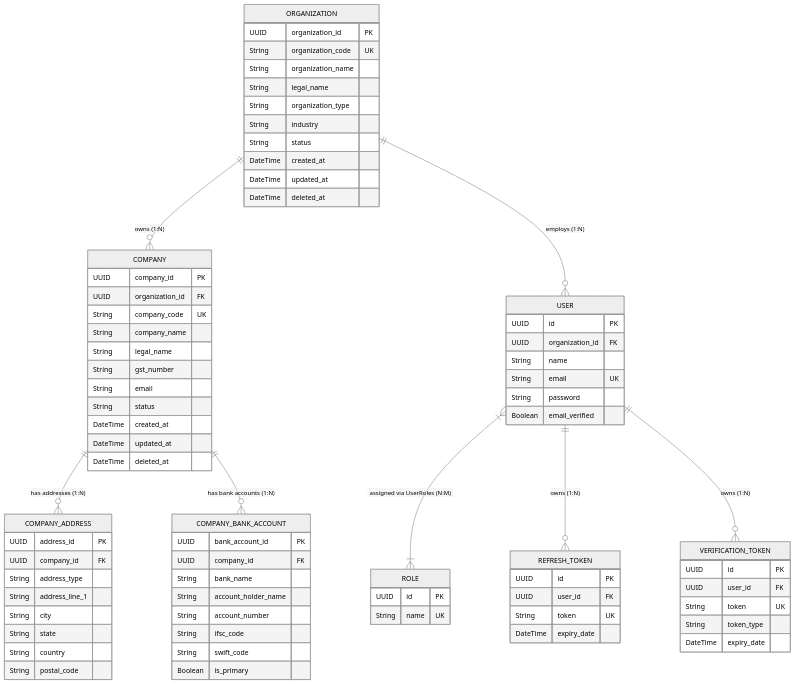
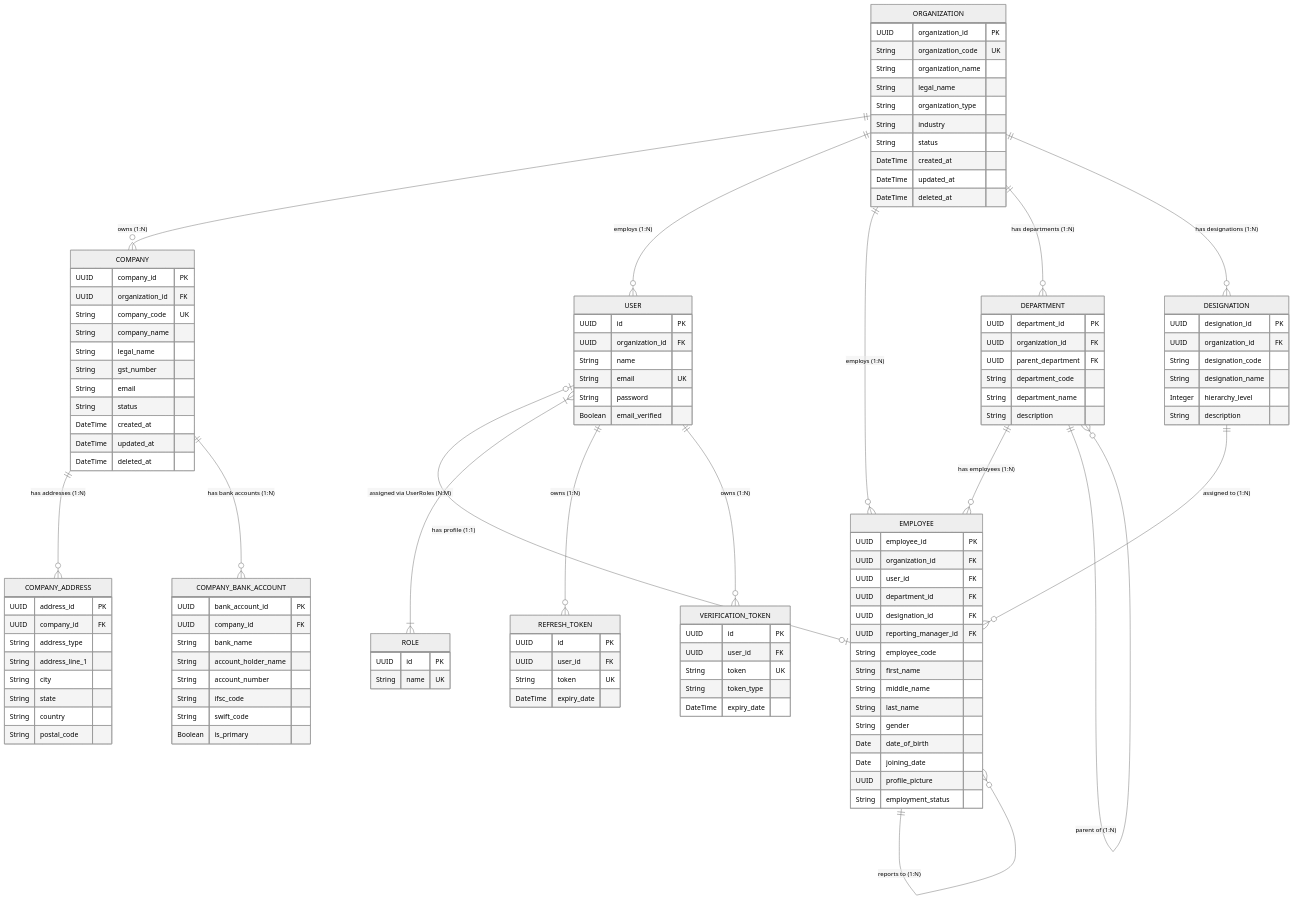
One commit to Aerotalk/ProjectIQBackend changed the diagram in docs/architecture/entity_relationship_diagram.md. Above: the diagram before and after it, drawn with Mermaid (neutral theme). The commit also changed 12 other files, not shown here.

```diff
--- a/docs/architecture/entity_relationship_diagram.md
+++ b/docs/architecture/entity_relationship_diagram.md
@@ -7,10 +7,20 @@
     %% Core Tenant Entities
     ORGANIZATION ||--o{ COMPANY : "owns (1:N)"
     ORGANIZATION ||--o{ USER : "employs (1:N)"
+    ORGANIZATION ||--o{ EMPLOYEE : "employs (1:N)"
+    ORGANIZATION ||--o{ DEPARTMENT : "has departments (1:N)"
+    ORGANIZATION ||--o{ DESIGNATION : "has designations (1:N)"
     
     %% Company Details
     COMPANY ||--o{ COMPANY_ADDRESS : "has addresses (1:N)"
     COMPANY ||--o{ COMPANY_BANK_ACCOUNT : "has bank accounts (1:N)"
+
+    %% Employee Details
+    USER |o--o| EMPLOYEE : "has profile (1:1)"
+    DEPARTMENT ||--o{ EMPLOYEE : "has employees (1:N)"
+    DESIGNATION ||--o{ EMPLOYEE : "assigned to (1:N)"
+    EMPLOYEE ||--o{ EMPLOYEE : "reports to (1:N)"
+    DEPARTMENT ||--o{ DEPARTMENT : "parent of (1:N)"
 
     %% User & Auth Entities
     USER }|--|{ ROLE : "assigned via UserRoles (N:M)"
@@ -67,6 +77,42 @@
         Boolean is_primary
     }
 
+    DEPARTMENT {
+        UUID department_id PK
+        UUID organization_id FK
+        UUID parent_department FK
+        String department_code
+        String department_name
+        String description
+    }
+
+    DESIGNATION {
+        UUID designation_id PK
+        UUID organization_id FK
+        String designation_code
+        String designation_name
+        Integer hierarchy_level
+        String description
+    }
+
+    EMPLOYEE {
+        UUID employee_id PK
+        UUID organization_id FK
+        UUID user_id FK
+        UUID department_id FK
+        UUID designation_id FK
+        UUID reporting_manager_id FK
+        String employee_code
+        String first_name
+        String middle_name
+        String last_name
+        String gender
+        Date date_of_birth
+        Date joining_date
+        UUID profile_picture
+        String employment_status
+    }
+
     USER {
         UUID id PK
         UUID organization_id FK
```
